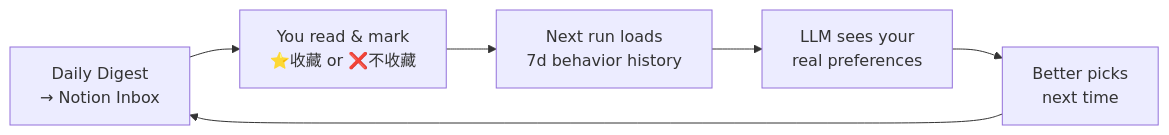
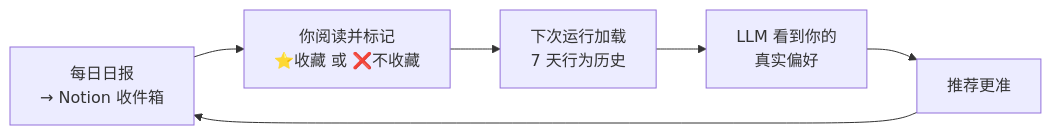
Before and after one commit to AlexZWANG1/RSS-Notion: the second of 3 diagrams in README.md, drawn with Mermaid. The commit also changed other lines of this file, not shown here.

````diff
--- a/README.md
+++ b/README.md
@@ -86,8 +77,8 @@
 ```mermaid
 graph LR
-    A["Daily Digest<br/>→ Notion Inbox"] --> B["You read & mark<br/>⭐收藏 or ❌不收藏"]
-    B --> C["Next run loads<br/>7d behavior history"]
-    C --> D["LLM sees your<br/>real preferences"]
-    D --> E["Better picks<br/>next time"]
+    A["每日日报<br/>→ Notion 收件箱"] --> B["你阅读并标记<br/>⭐收藏 或 ❌不收藏"]
+    B --> C["下次运行加载<br/>7 天行为历史"]
+    C --> D["LLM 看到你的<br/>真实偏好"]
+    D --> E["推荐更准"]
     E --> A
 ```
````
